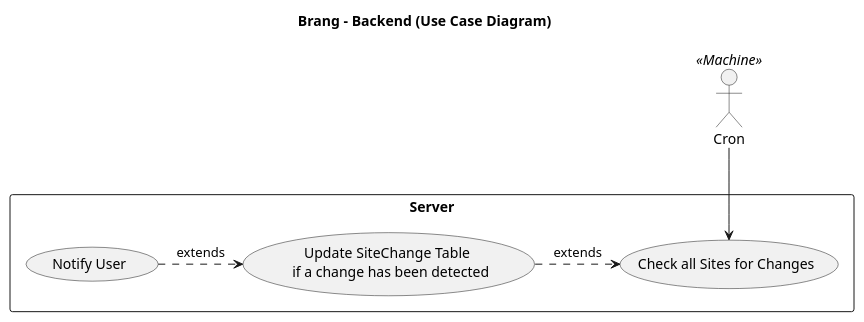
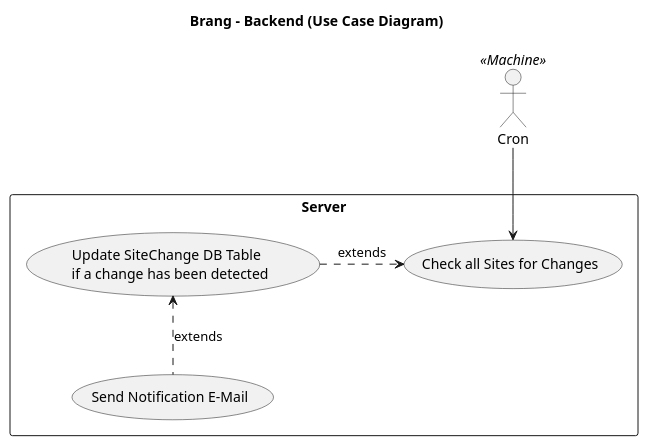
Before and after one commit to DirkSchaefer/brang: the second of 2 diagrams in docs/plant_uml_files/use_case_diagrams.puml, drawn with PlantUML. The commit also changed other lines of this file and 11 other files, not shown here.

```diff
--- a/docs/plant_uml_files/use_case_diagrams.puml
+++ b/docs/plant_uml_files/use_case_diagrams.puml
@@ -15,11 +17,11 @@
 @startuml
 skinparam monochrome true
 
 title Brang - Backend (Use Case Diagram)
 actor Cron <<Machine>>
 rectangle Server {
     Cron -->  (Check all Sites for Changes)
-    (Update SiteChange Table \n if a change has been detected) .> (Check all Sites for Changes) : extends
-    (Notify User) .> (Update SiteChange Table \n if a change has been detected) : extends
+    (Update SiteChange DB Table \n if a change has been detected) .> (Check all Sites for Changes) : extends
+    (Send Notification E-Mail) .up.> (Update SiteChange DB Table \n if a change has been detected) : extends
 }
 @enduml
```
